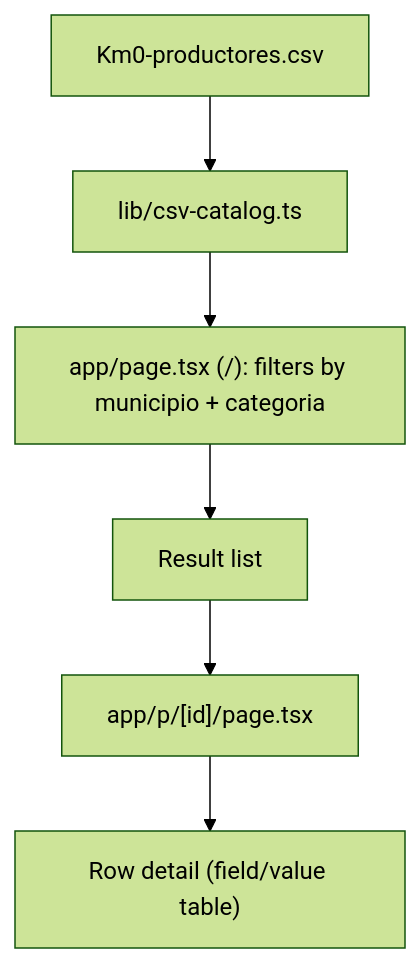
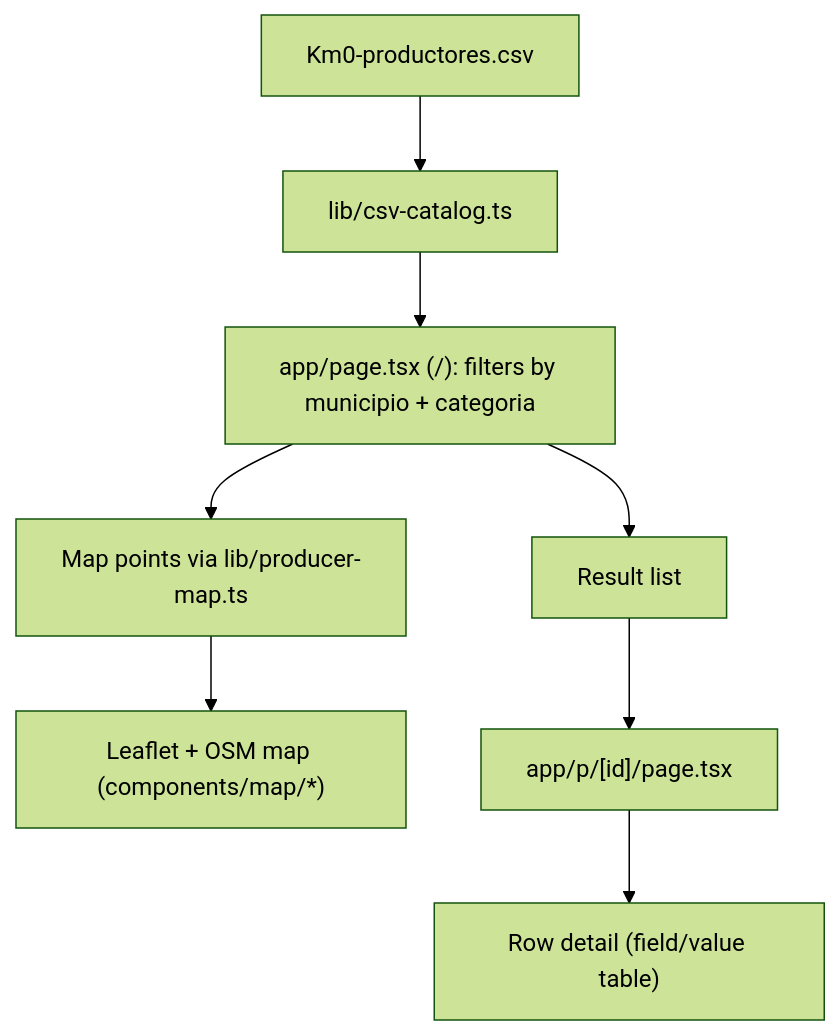
Before and after one commit to Lyzanor/chisan: the diagram in docs/ARCHITECTURE.md, drawn with Mermaid (forest theme). The commit also changed other lines of this file and 10 other files, not shown here.

Commit message:
feat: add leaflet map on homepage with csv coordinates

````diff
--- a/docs/ARCHITECTURE.md
+++ b/docs/ARCHITECTURE.md
@@ -7,8 +7,10 @@
 ```mermaid
 flowchart TD
   A["Km0-productores.csv"] --> B["lib/csv-catalog.ts"]
   B --> C["app/page.tsx (/): filters by municipio + categoria"]
   C --> D["Result list"]
-  D --> E["app/p/[id]/page.tsx"]
-  E --> F["Row detail (field/value table)"]
+  C --> E["Map points via lib/producer-map.ts"]
+  E --> F["Leaflet + OSM map (components/map/*)"]
+  D --> G["app/p/[id]/page.tsx"]
+  G --> H["Row detail (field/value table)"]
 ```
````
